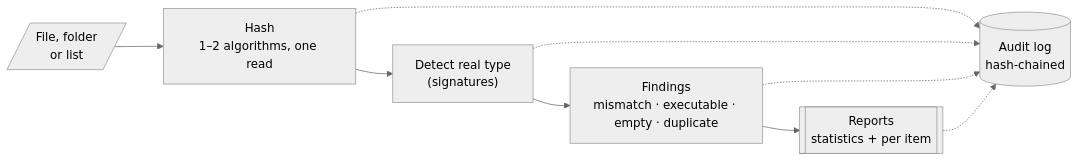
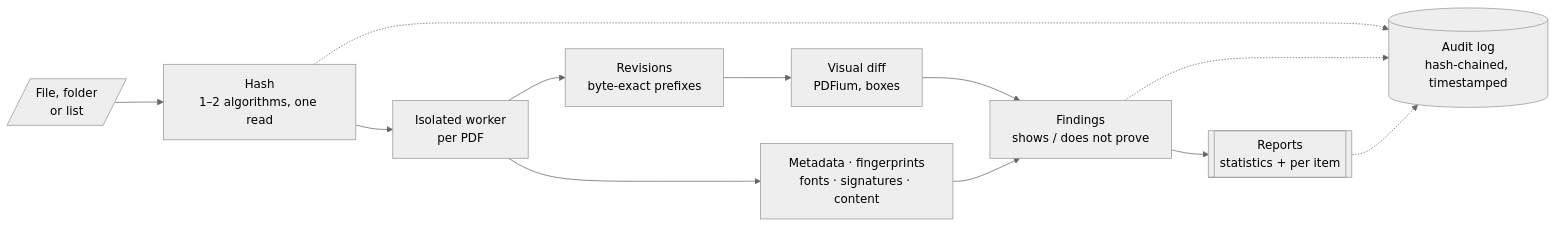
One commit to Panacota96/rv-pdfauth changed the first of 2 diagrams in README.md. Above: the diagram before and after it, drawn with Mermaid (neutral theme). The commit also changed other lines of this file and 15 other files, not shown here.

````diff
--- a/README.md
+++ b/README.md
@@ -11,11 +11,13 @@
 ```mermaid
 flowchart LR
     A[/"File, folder<br/>or list"/] --> B["Hash<br/>1–2 algorithms, one read"]
-    B --> C["Detect real type<br/>(signatures)"]
-    C --> D["Findings<br/>mismatch · executable · empty · duplicate"]
+    B --> W["Isolated worker<br/>per PDF"]
+    W --> C["Revisions<br/>byte-exact prefixes"]
+    C --> V["Visual diff<br/>PDFium, boxes"]
+    W --> M["Metadata · fingerprints<br/>fonts · signatures · content"]
+    V & M --> D["Findings<br/>shows / does not prove"]
     D --> E[["Reports<br/>statistics + per item"]]
-    B -.-> L[("Audit log<br/>hash-chained")]
-    C -.-> L
+    B -.-> L[("Audit log<br/>hash-chained, timestamped")]
     D -.-> L
     E -.-> L
 ```
````
